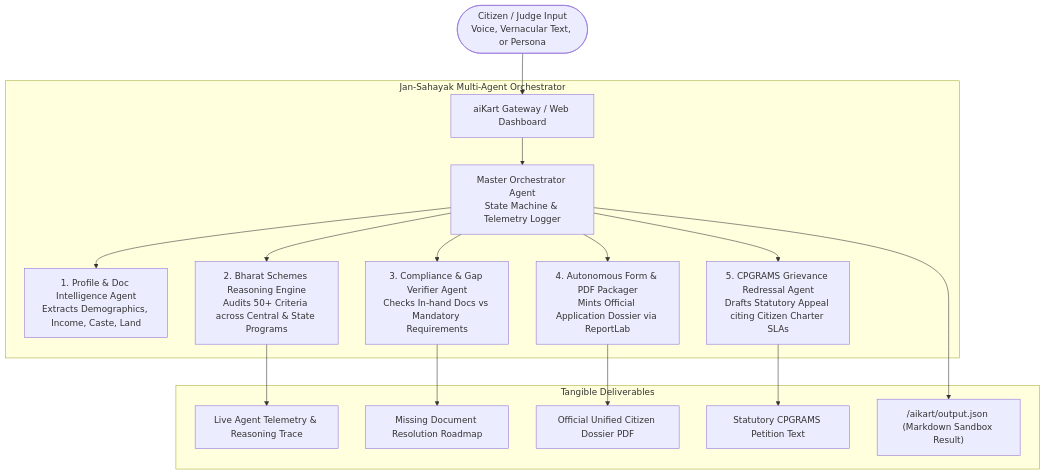
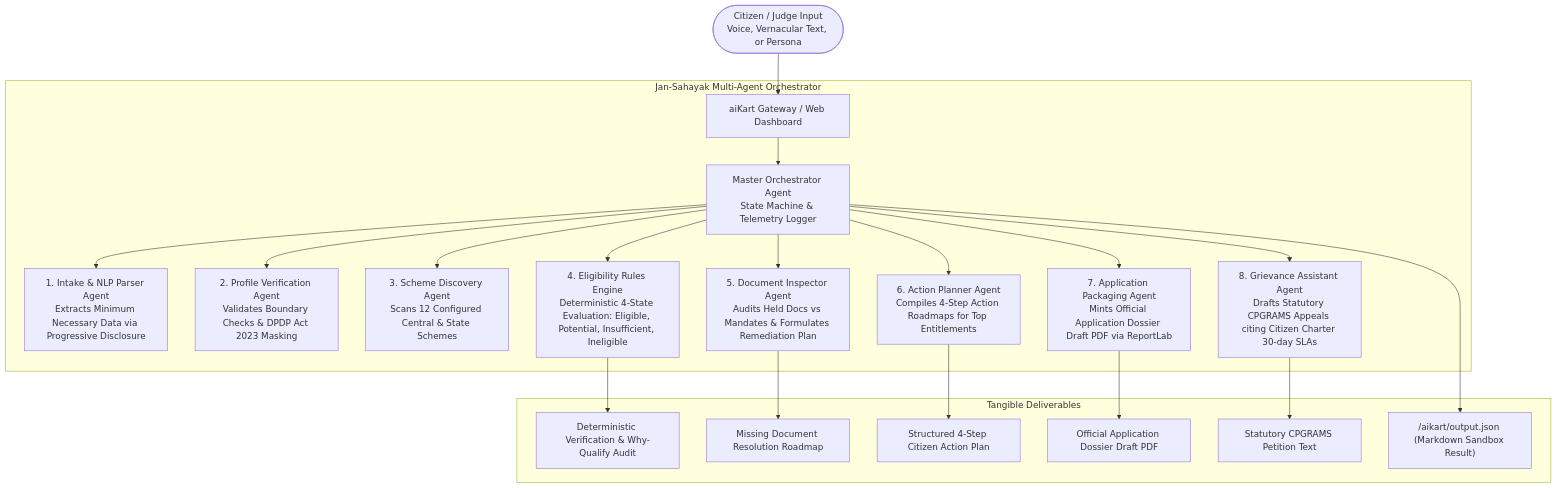
Before and after one commit to pyharshcodes/Bharat_Agentic_2026_Hackathon: the diagram in README.md, drawn with Mermaid. The commit also changed other lines of this file and 17 other files, not shown here.

````diff
--- a/README.md
+++ b/README.md
@@ -28,22 +29,26 @@
 ```mermaid
 flowchart TD
     Citizen([Citizen / Judge Input\nVoice, Vernacular Text, or Persona]) --> Gateway[aiKart Gateway / Web Dashboard]
     
     subgraph CognitiveOrchestrator [Jan-Sahayak Multi-Agent Orchestrator]
         Gateway --> Orchestrator[Master Orchestrator Agent\nState Machine & Telemetry Logger]
         
-        Orchestrator --> Agent1[1. Profile & Doc Intelligence Agent\nExtracts Demographics, Income, Caste, Land]
-        Orchestrator --> Agent2[2. Bharat Schemes Reasoning Engine\nAudits 50+ Criteria across Central & State Programs]
-        Orchestrator --> Agent3[3. Compliance & Gap Verifier Agent\nChecks In-hand Docs vs Mandatory Requirements]
-        Orchestrator --> Agent4[4. Autonomous Form & PDF Packager\nMints Official Application Dossier via ReportLab]
-        Orchestrator --> Agent5[5. CPGRAMS Grievance Redressal Agent\nDrafts Statutory Appeal citing Citizen Charter SLAs]
+        Orchestrator --> Agent1[1. Intake & NLP Parser Agent\nExtracts Minimum Necessary Data via Progressive Disclosure]
+        Orchestrator --> Agent2[2. Profile Verification Agent\nValidates Boundary Checks & DPDP Act 2023 Masking]
+        Orchestrator --> Agent3[3. Scheme Discovery Agent\nScans 12 Configured Central & State Schemes]
+        Orchestrator --> Agent4[4. Eligibility Rules Engine\nDeterministic 4-State Evaluation: Eligible, Potential, Insufficient, Ineligible]
+        Orchestrator --> Agent5[5. Document Inspector Agent\nAudits Held Docs vs Mandates & Formulates Remediation Plan]
+        Orchestrator --> Agent6[6. Action Planner Agent\nCompiles 4-Step Action Roadmaps for Top Entitlements]
+        Orchestrator --> Agent7[7. Application Packaging Agent\nMints Official Application Dossier Draft PDF via ReportLab]
+        Orchestrator --> Agent8[8. Grievance Assistant Agent\nDrafts Statutory CPGRAMS Appeals citing Citizen Charter 30-day SLAs]
     end
 
     subgraph OutputLayer [Tangible Deliverables]
-        Agent2 --> LiveTrace[Live Agent Telemetry & Reasoning Trace]
-        Agent3 --> RemediationRoadmap[Missing Document Resolution Roadmap]
-        Agent4 --> PDFDossier[Official Unified Citizen Dossier PDF]
-        Agent5 --> LegalPetition[Statutory CPGRAMS Petition Text]
+        Agent4 --> LiveTrace[Deterministic Verification & Why-Qualify Audit]
+        Agent5 --> RemediationRoadmap[Missing Document Resolution Roadmap]
+        Agent6 --> ActionRoadmap[Structured 4-Step Citizen Action Plan]
+        Agent7 --> PDFDossier[Official Application Dossier Draft PDF]
+        Agent8 --> LegalPetition[Statutory CPGRAMS Petition Text]
         Orchestrator --> SandboxJSON["/aikart/output.json (Markdown Sandbox Result)"]
     end
 ```
````
